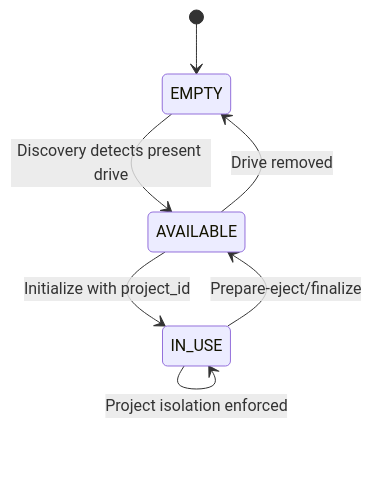
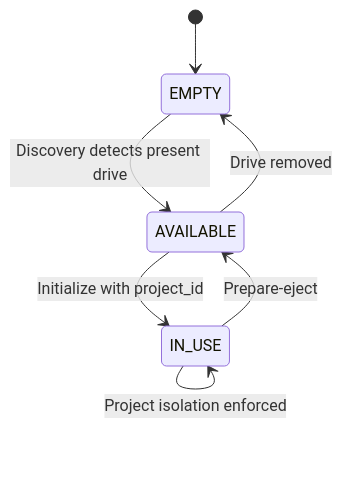
The third of 4 diagrams in docs/operations/15-dba-data-model-reference.md (t3knoid/ecube), drawn with Mermaid before and after one commit.

Commit message:
Remove FINALIZED state from drive state diagram and update transition to prepare-eject

````diff
--- a/docs/operations/15-dba-data-model-reference.md
+++ b/docs/operations/15-dba-data-model-reference.md
@@ -164,9 +164,9 @@
 ```mermaid
 stateDiagram-v2
   [*] --> EMPTY
   EMPTY --> AVAILABLE: Discovery detects present drive
   AVAILABLE --> IN_USE: Initialize with project_id
-  IN_USE --> AVAILABLE: Prepare-eject/finalize
+  IN_USE --> AVAILABLE: Prepare-eject
   AVAILABLE --> EMPTY: Drive removed
   IN_USE --> IN_USE: Project isolation enforced
 ```
````
